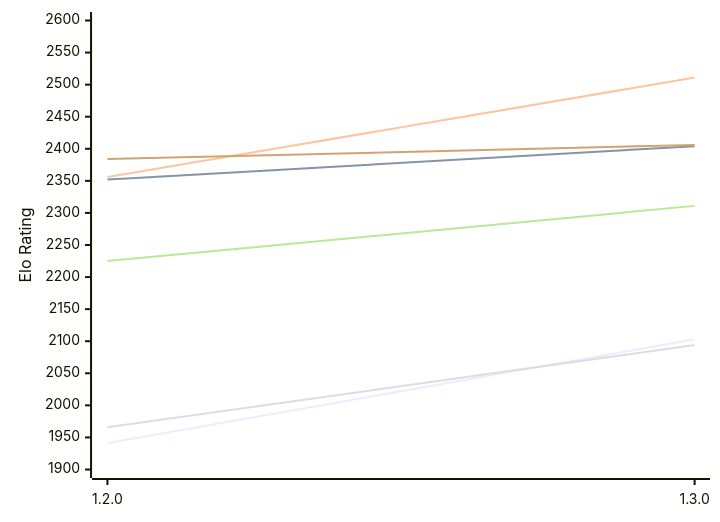
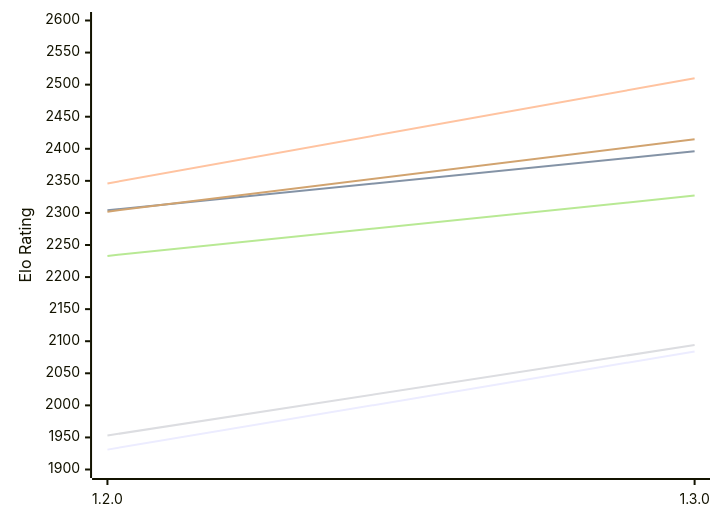
Before and after one commit to computer-chess-index/cci: the first of 2 diagrams in engines/Anodos.md, drawn with Mermaid. The commit also changed other lines of this file, not shown here.

Commit message:
Update CCI Ratings (ELO VLTC) - 2026-11-15

````diff
--- a/engines/Anodos.md
+++ b/engines/Anodos.md
@@ -52,12 +52,12 @@
 ```mermaid
 %%{init: {"theme":"base","themeVariables":{"seriesColors:['#a3a3a3','#222221','#faa371']}}}%%
 xychart-beta
   x-axis ["1.2.0", "1.3.0"]
   y-axis "Elo Rating" 1900 --> 2600
-  line "E1: STC (8.0+0.08s)" [1941, 2103]
-  line "E1: LTC (60.0+0.60s)" [2352, 2404]
-  line "E1: VLTC (2m24s+1.12s)" [2356, 2511]
-  line "P1: STC (8.0+0.08s)" [1966, 2094]
-  line "P1: LTC (60.0+0.60s)" [2225, 2311]
-  line "P1: VLTC (2m24s+1.12s)" [2384, 2406]
+  line "E1: STC (8.0+0.08s)" [1931, 2084]
+  line "E1: LTC (60.0+0.60s)" [2304, 2396]
+  line "E1: VLTC (2m24s+1.12s)" [2346, 2510]
+  line "P1: STC (8.0+0.08s)" [1953, 2094]
+  line "P1: LTC (60.0+0.60s)" [2233, 2327]
+  line "P1: VLTC (2m24s+1.12s)" [2302, 2415]
 ```
````
